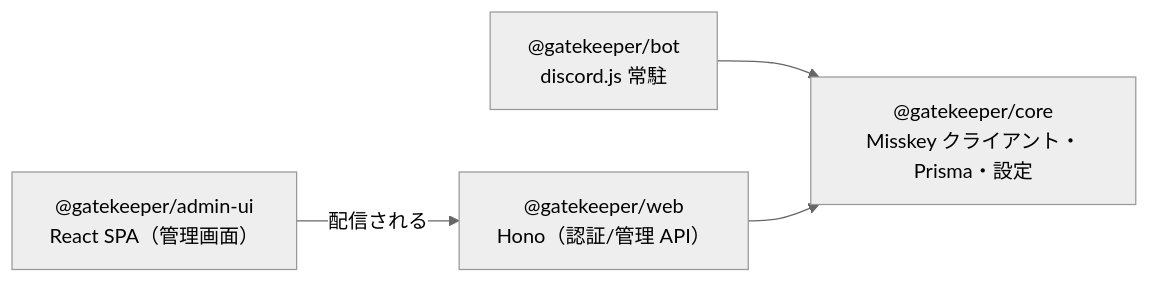
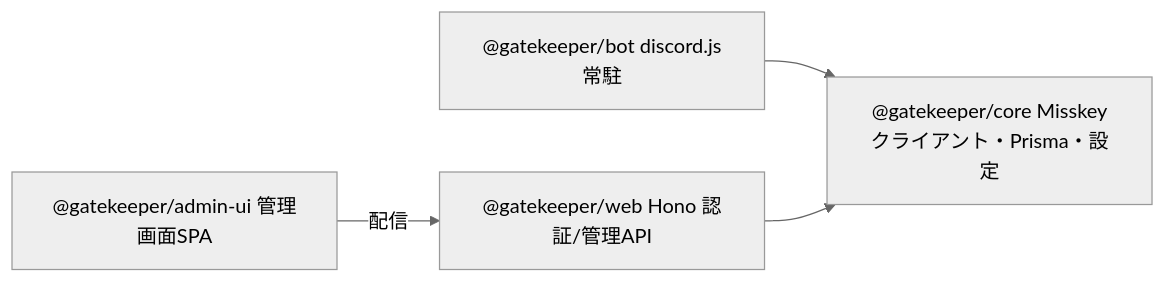
One commit to ikaskey/ikaskey-discord-gatekeeper changed the second of 2 diagrams in README.md. Above: the diagram before and after it, drawn with Mermaid (neutral theme). The commit also changed other lines of this file and 6 other files, not shown here.

First line of the commit message:
fix(docs): Mermaid描画エラーを修正（ブロック内空行除去） (v0.8.9)

````diff
--- a/README.md
+++ b/README.md
@@ -45,11 +44,10 @@
 ```mermaid
 flowchart LR
-    admin["@gatekeeper/admin-ui<br/>React SPA（管理画面）"]
-    bot["@gatekeeper/bot<br/>discord.js 常駐"]
-    web["@gatekeeper/web<br/>Hono（認証/管理 API）"]
-    core["@gatekeeper/core<br/>Misskey クライアント・Prisma・設定"]
-
-    admin -->|配信される| web
+    admin["@gatekeeper/admin-ui 管理画面SPA"]
+    bot["@gatekeeper/bot discord.js常駐"]
+    web["@gatekeeper/web Hono 認証/管理API"]
+    core["@gatekeeper/core Misskeyクライアント・Prisma・設定"]
+    admin -->|配信| web
     bot --> core
     web --> core
 ```
````
